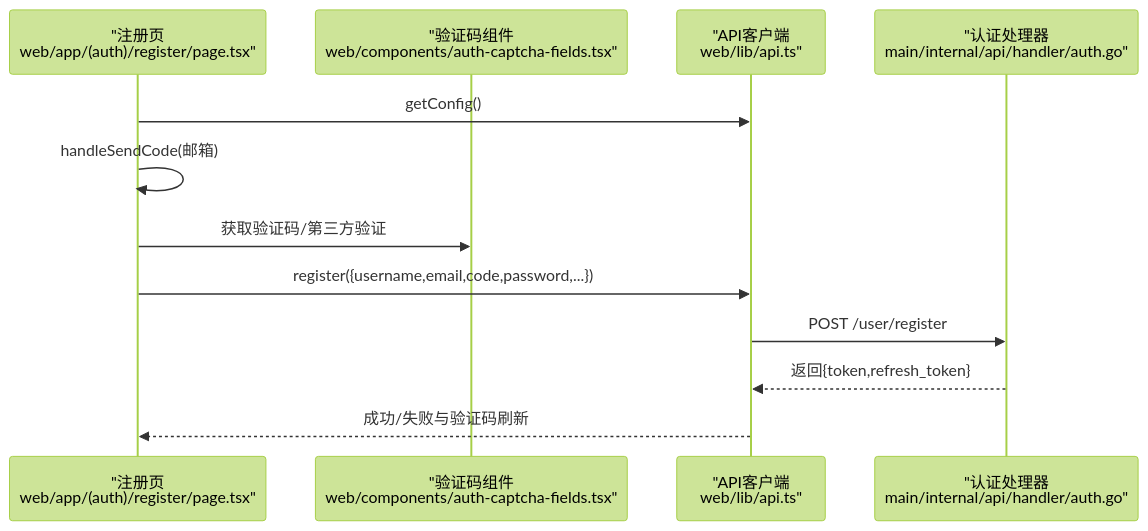
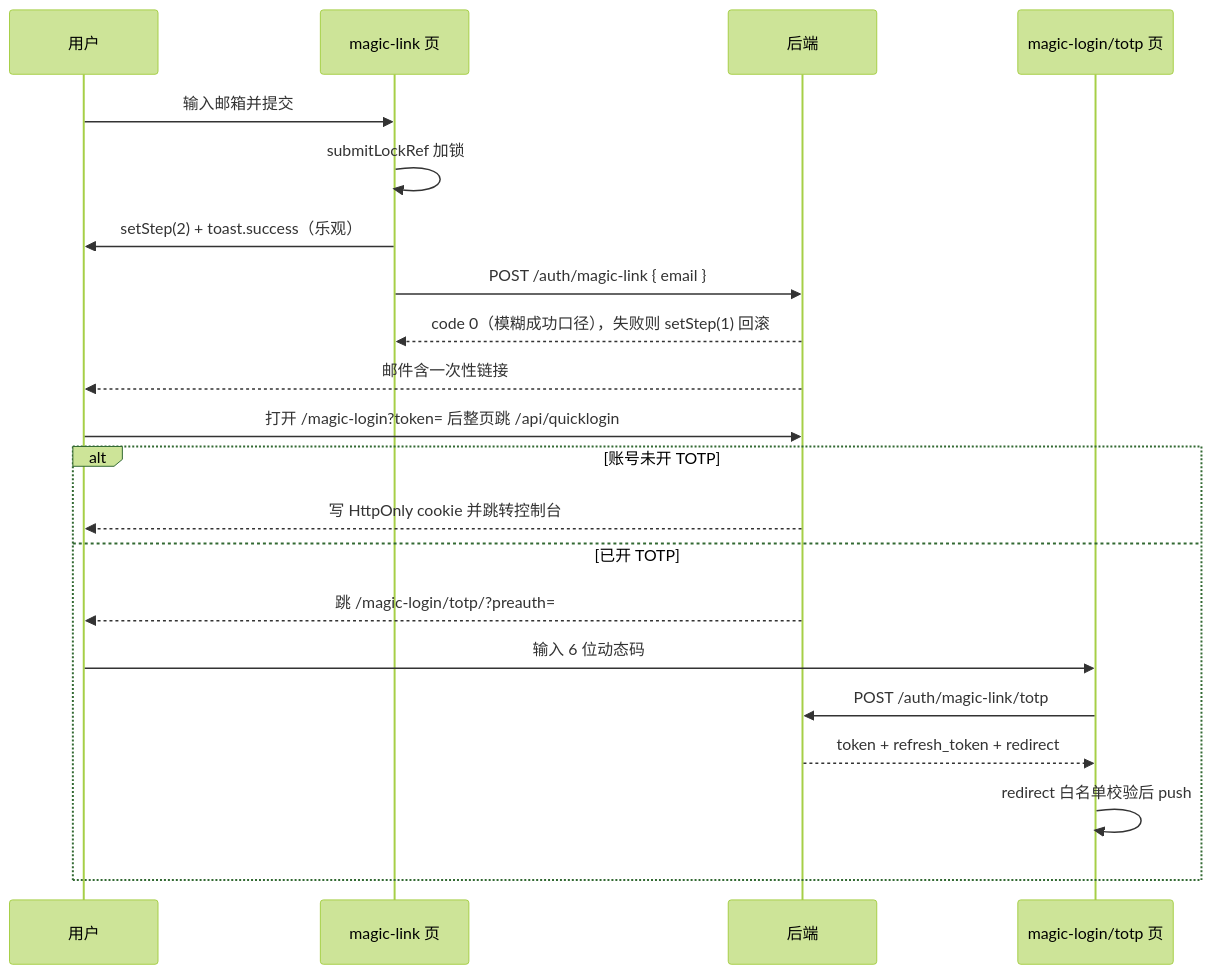
Before and after one commit to x01n/dnsplane: the fourth of 6 diagrams in docs/前端开发指南/表单验证与认证.md, drawn with Mermaid (forest theme). The commit also changed other lines of this file and 326 other files, not shown here.

````diff
--- a/docs/前端开发指南/表单验证与认证.md
+++ b/docs/前端开发指南/表单验证与认证.md
@@ -197,14 +360,23 @@
 ```mermaid
 sequenceDiagram
-participant FE as "注册页<br/>web/app/(auth)/register/page.tsx"
-participant CAP as "验证码组件<br/>web/components/auth-captcha-fields.tsx"
-participant API as "API客户端<br/>web/lib/api.ts"
-participant AUTH as "认证处理器<br/>main/internal/api/handler/auth.go"
-FE->>API : getConfig()
-FE->>FE : handleSendCode(邮箱)
-FE->>CAP : 获取验证码/第三方验证
-FE->>API : register({username,email,code,password,...})
-API->>AUTH : POST /user/register
-AUTH-->>API : 返回{token,refresh_token}
-API-->>FE : 成功/失败与验证码刷新
+participant U as 用户
+participant M as magic-link 页
+participant B as 后端
+participant T as magic-login/totp 页
+U->>M : 输入邮箱并提交
+M->>M : submitLockRef 加锁
+M->>U : setStep(2) + toast.success（乐观）
+M->>B : POST /auth/magic-link { email }
+B-->>M : code 0（模糊成功口径），失败则 setStep(1) 回滚
+B-->>U : 邮件含一次性链接
+U->>B : 打开 /magic-login?token= 后整页跳 /api/quicklogin
+alt 账号未开 TOTP
+B-->>U : 写 HttpOnly cookie 并跳转控制台
+else 已开 TOTP
+B-->>U : 跳 /magic-login/totp/?preauth=
+U->>T : 输入 6 位动态码
+T->>B : POST /auth/magic-link/totp
+B-->>T : token + refresh_token + redirect
+T->>T : redirect 白名单校验后 push
+end
 ```
````
